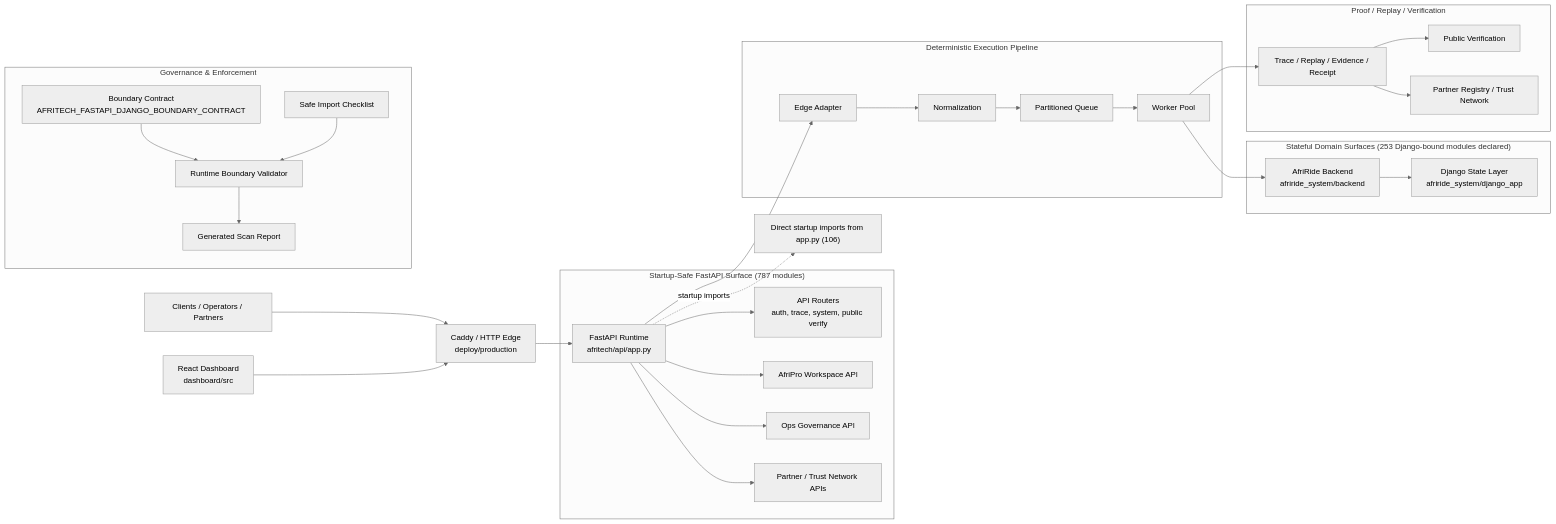
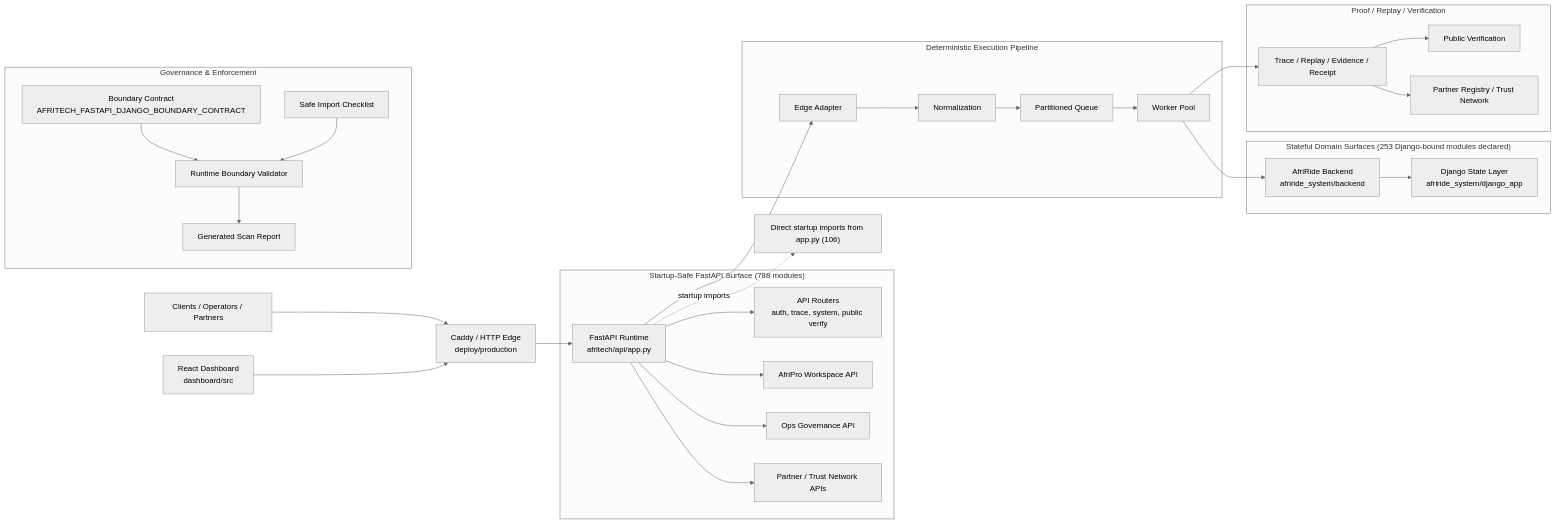
Before and after one commit to Strelly2023/afritelematics: the first of 2 diagrams in docs/architecture/AFRITECH_FULL_ARCHITECTURE_GRAPH.md, drawn with Mermaid (neutral theme). The commit also changed other lines of this file, not shown here.

Commit message:
docs(phase1): regenerate architecture graph

````diff
--- a/docs/architecture/AFRITECH_FULL_ARCHITECTURE_GRAPH.md
+++ b/docs/architecture/AFRITECH_FULL_ARCHITECTURE_GRAPH.md
@@ -22,39 +22,39 @@
 ```mermaid
 flowchart LR
     Client["Clients / Operators / Partners"] --> Edge["Caddy / HTTP Edge\ndeploy/production"]
     Dashboard["React Dashboard\ndashboard/src"] --> Edge
     Edge --> App["FastAPI Runtime\nafritech/api/app.py"]
 
-    subgraph FastAPI["Startup-Safe FastAPI Surface (787 modules)"]
+    subgraph FastAPI["Startup-Safe FastAPI Surface (788 modules)"]
         App --> Api["API Routers\nauth, trace, system, public verify"]
         App --> Workspace["AfriPro Workspace API"]
         App --> Governance["Ops Governance API"]
         App --> Trust["Partner / Trust Network APIs"]
     end
 
     subgraph Pipeline["Deterministic Execution Pipeline"]
         App --> Adapt["Edge Adapter"]
         Adapt --> Normalize["Normalization"]
         Normalize --> Queue["Partitioned Queue"]
         Queue --> Worker["Worker Pool"]
     end
 
     subgraph State["Stateful Domain Surfaces (253 Django-bound modules declared)"]
         Worker --> Domain["AfriRide Backend\nafriride_system/backend"]
         Domain --> Django["Django State Layer\nafriride_system/django_app"]
     end
 
     subgraph Proof["Proof / Replay / Verification"]
         Worker --> Trace["Trace / Replay / Evidence / Receipt"]
         Trace --> Public["Public Verification"]
         Trace --> Registry["Partner Registry / Trust Network"]
     end
 
     subgraph GovernancePlane["Governance & Enforcement"]
         Contract["Boundary Contract\nAFRITECH_FASTAPI_DJANGO_BOUNDARY_CONTRACT"] --> Validator["Runtime Boundary Validator"]
         Checklist["Safe Import Checklist"] --> Validator
         Validator --> Review["Generated Scan Report"]
     end
 
     App -. startup imports .-> Imports["Direct startup imports from app.py (106)"]
 ```
````
